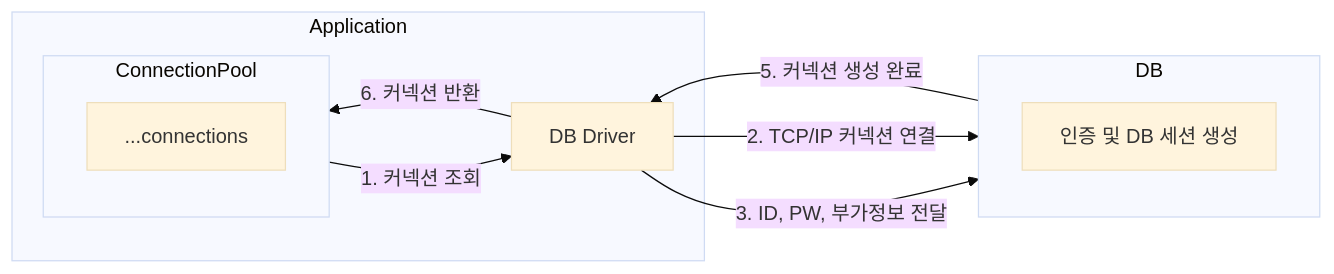
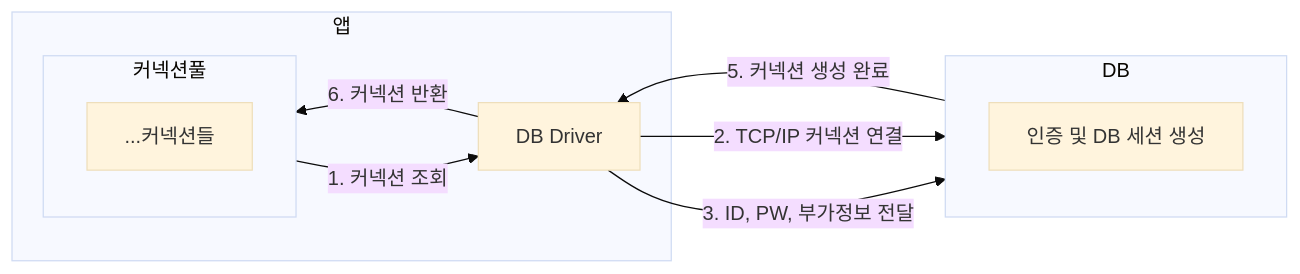
The second of 4 diagrams in content/Resources/프로그래밍/Java/김영한의 스프링/DB 1편/2. 커넥션 풀과 데이터소스 이해.md (choiexe1/blog), drawn with Mermaid (base theme) before and after one commit. The commit also changed other lines of this file, not shown here.

````diff
--- a/content/Resources/프로그래밍/Java/김영한의 스프링/DB 1편/2. 커넥션 풀과 데이터소스 이해.md
+++ b/content/Resources/프로그래밍/Java/김영한의 스프링/DB 1편/2. 커넥션 풀과 데이터소스 이해.md
@@ -53,20 +53,20 @@
 ```mermaid
 graph RL
-subgraph Application
-	Driver[DB Driver]
-	subgraph ConnectionPool
-		...connections
+subgraph 앱
+	드라이버[DB Driver]
+	subgraph 커넥션풀
+		...커넥션들
 	end
 end
 
 subgraph DB
 	Auth[인증 및 DB 세션 생성]
 end
 
-ConnectionPool -->|1. 커넥션 조회| Driver
-Driver -->|6. 커넥션 반환| ConnectionPool
-Driver -->|2. TCP/IP 커넥션 연결| DB
-Driver -->|3. ID, PW, 부가정보 전달| DB
-DB -->|5. 커넥션 생성 완료| Driver
+커넥션풀 -->|1. 커넥션 조회| 드라이버
+드라이버 -->|6. 커넥션 반환| 커넥션풀
+드라이버 -->|2. TCP/IP 커넥션 연결| DB
+드라이버 -->|3. ID, PW, 부가정보 전달| DB
+DB -->|5. 커넥션 생성 완료| 드라이버
 
 ```
````
